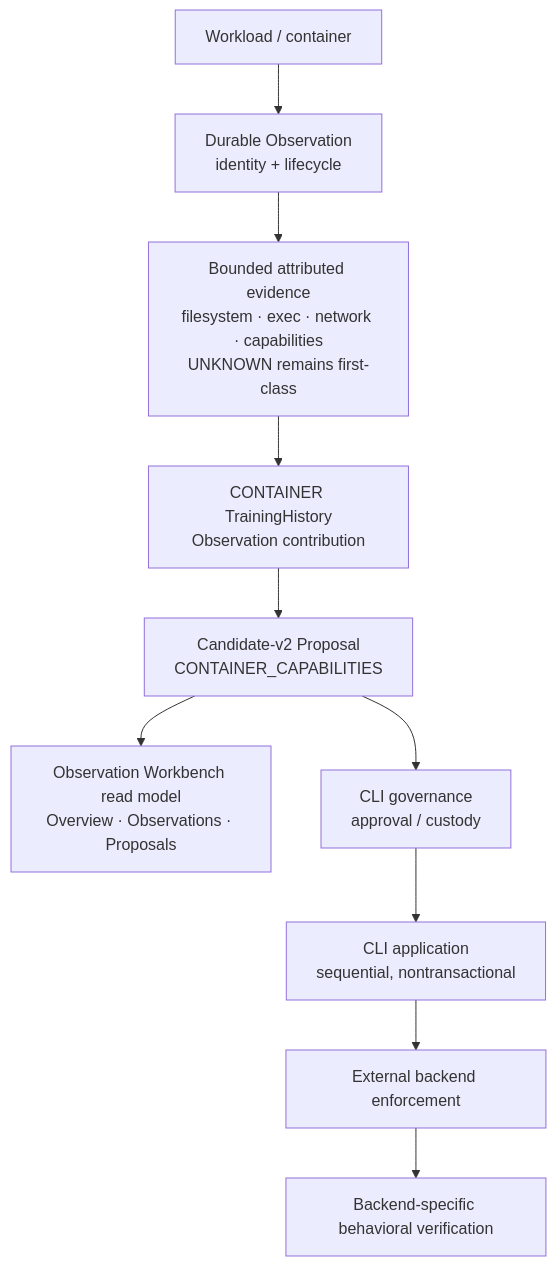
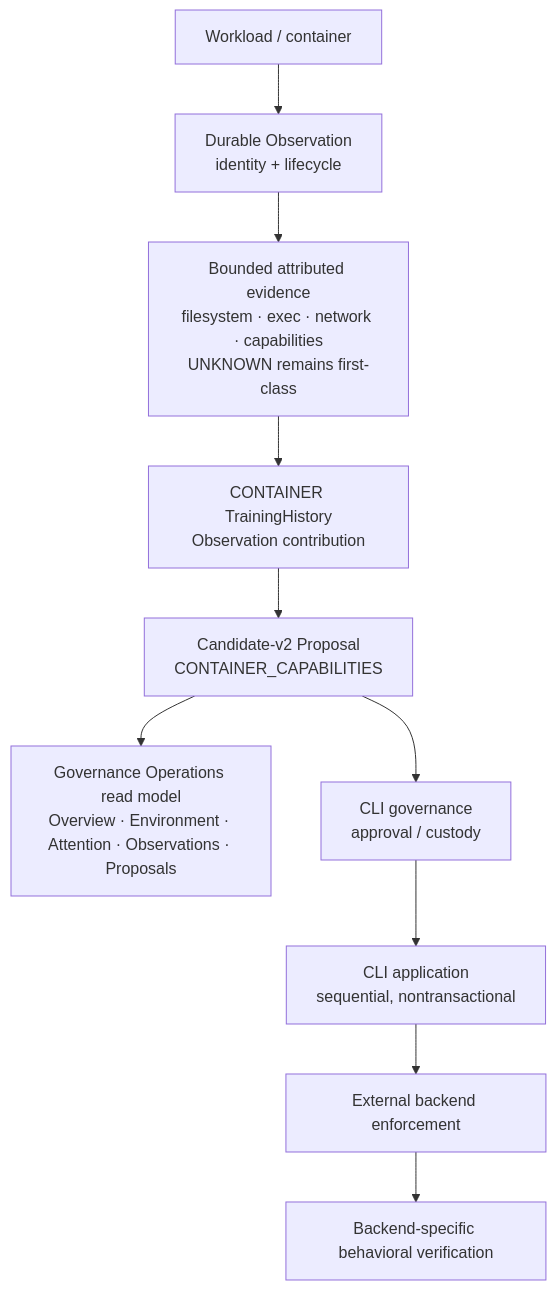
One commit to idriss-eliguene/landlock-genprof changed the first of 2 diagrams in docs/architecture.md. Above: the diagram before and after it, drawn with Mermaid. The commit also changed other lines of this file and 9 other files, not shown here.

Commit message:
docs(release): freeze v0.8 governance operations candidate

````diff
--- a/docs/architecture.md
+++ b/docs/architecture.md
@@ -14,16 +15,16 @@
 ```mermaid
 flowchart TD
     WORKLOAD["Workload / container"]
     OBS["Durable Observation\nidentity + lifecycle"]
     EVID["Bounded attributed evidence\nfilesystem · exec · network · capabilities\nUNKNOWN remains first-class"]
     HISTORY["CONTAINER TrainingHistory\nObservation contribution"]
     CANDIDATE["Candidate-v2 Proposal\nCONTAINER_CAPABILITIES"]
-    READ["Observation Workbench read model\nOverview · Observations · Proposals"]
+    READ["Governance Operations read model\nOverview · Environment · Attention · Observations · Proposals"]
     APPROVAL["CLI governance\napproval / custody"]
     APPLY["CLI application\nsequential, nontransactional"]
     ENFORCE["External backend enforcement"]
     VERIFY["Backend-specific behavioral verification"]
 
     WORKLOAD --> OBS --> EVID --> HISTORY --> CANDIDATE --> READ
     CANDIDATE --> APPROVAL --> APPLY --> ENFORCE --> VERIFY
 ```
````
